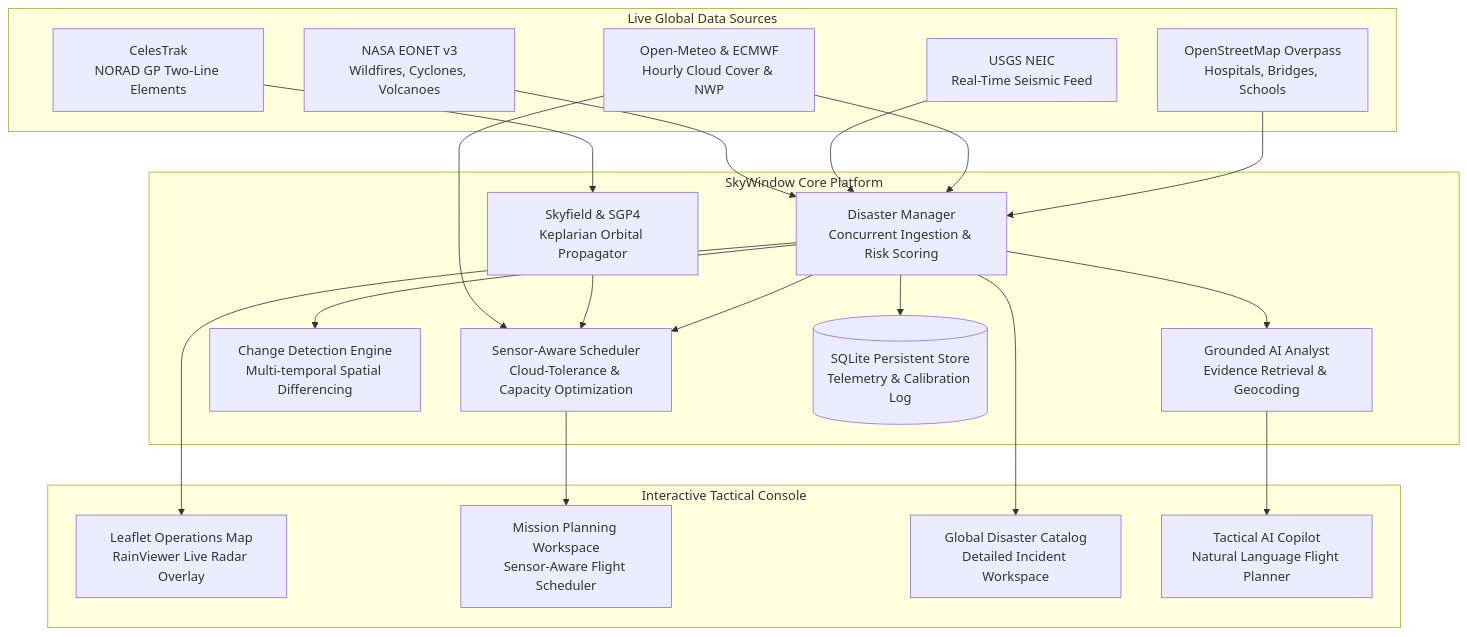
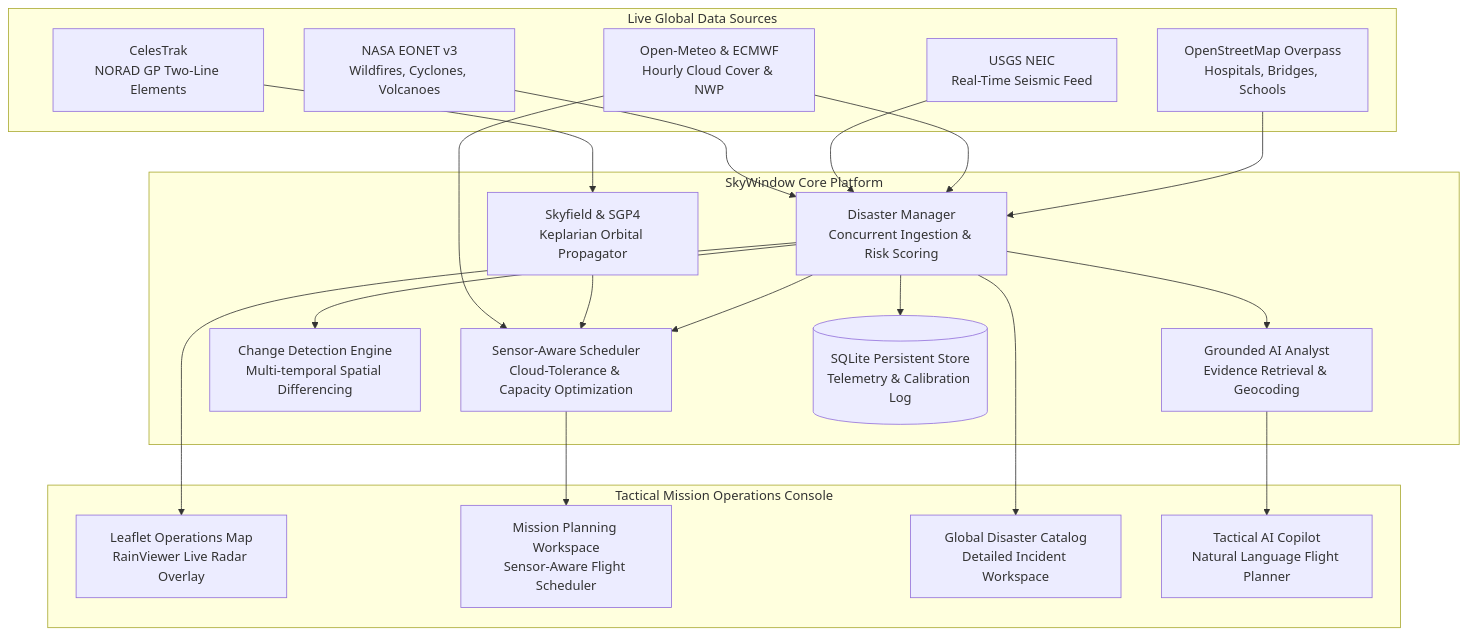
One commit to najibcode/SkyWindow changed the diagram in README.md. Above: the diagram before and after it, drawn with Mermaid. The commit also changed other lines of this file, not shown here.

````diff
--- a/README.md
+++ b/README.md
@@ -57,44 +59,44 @@
 ```mermaid
 flowchart TD
     subgraph External_Authoritative_APIs [Live Global Data Sources]
         NASA[NASA EONET v3\nWildfires, Cyclones, Volcanoes]
         USGS[USGS NEIC\nReal-Time Seismic Feed]
         METEO[Open-Meteo & ECMWF\nHourly Cloud Cover & NWP]
         CELES[CelesTrak\nNORAD GP Two-Line Elements]
         OSM[OpenStreetMap Overpass\nHospitals, Bridges, Schools]
     end
 
     subgraph Backend_Engine [SkyWindow Core Platform]
         DM[Disaster Manager\nConcurrent Ingestion & Risk Scoring]
         PROP[Skyfield & SGP4\nKeplarian Orbital Propagator]
         OPT[Sensor-Aware Scheduler\nCloud-Tolerance & Capacity Optimization]
         CHANGE[Change Detection Engine\nMulti-temporal Spatial Differencing]
         AI[Grounded AI Analyst\nEvidence Retrieval & Geocoding]
         DB[(SQLite Persistent Store\nTelemetry & Calibration Log)]
     end
 
-    subgraph Frontend_UI [Interactive Tactical Console]
+    subgraph Frontend_UI [Tactical Mission Operations Console]
         MAP[Leaflet Operations Map\nRainViewer Live Radar Overlay]
         TASK[Mission Planning Workspace\nSensor-Aware Flight Scheduler]
         CATALOG[Global Disaster Catalog\nDetailed Incident Workspace]
         CHAT[Tactical AI Copilot\nNatural Language Flight Planner]
     end
 
     NASA --> DM
     USGS --> DM
     METEO --> DM
     METEO --> OPT
     CELES --> PROP
     OSM --> DM
 
     DM --> DB
     PROP --> OPT
     DM --> OPT
     DM --> CHANGE
     DM --> AI
 
     DM --> MAP
     OPT --> TASK
     DM --> CATALOG
     AI --> CHAT
 ```
````
